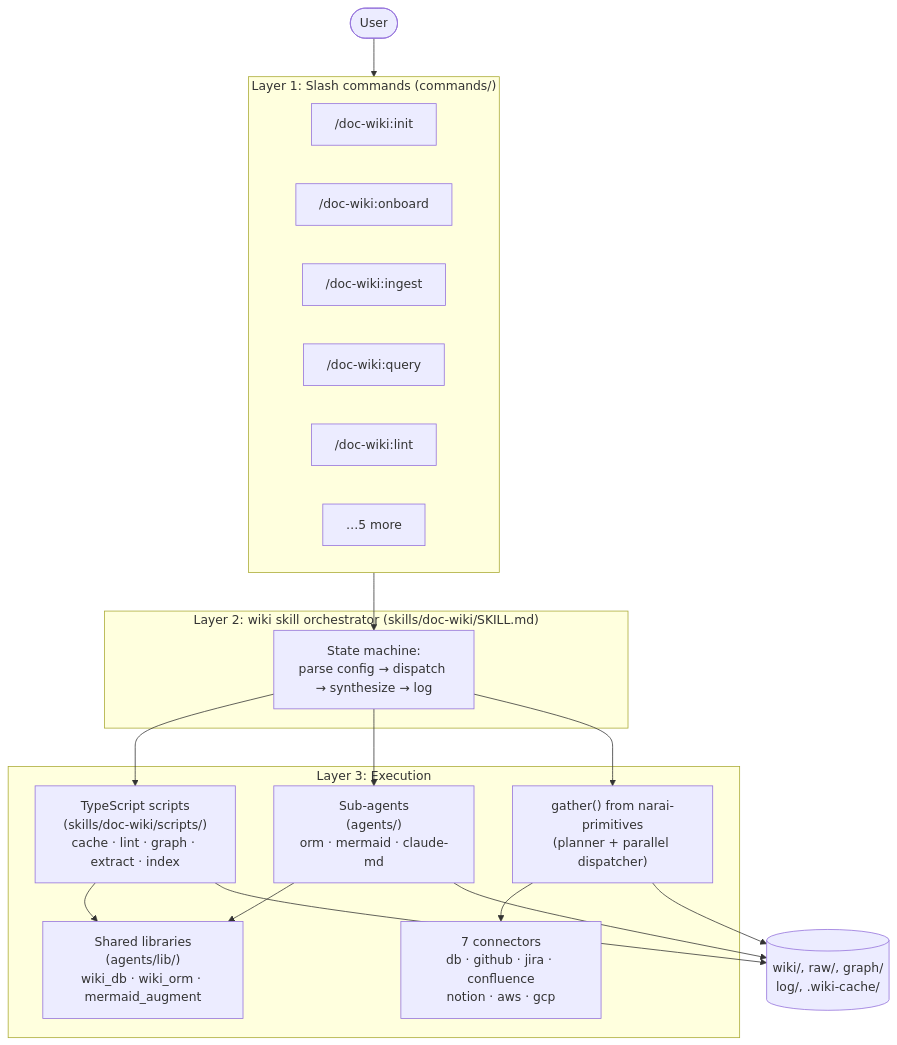
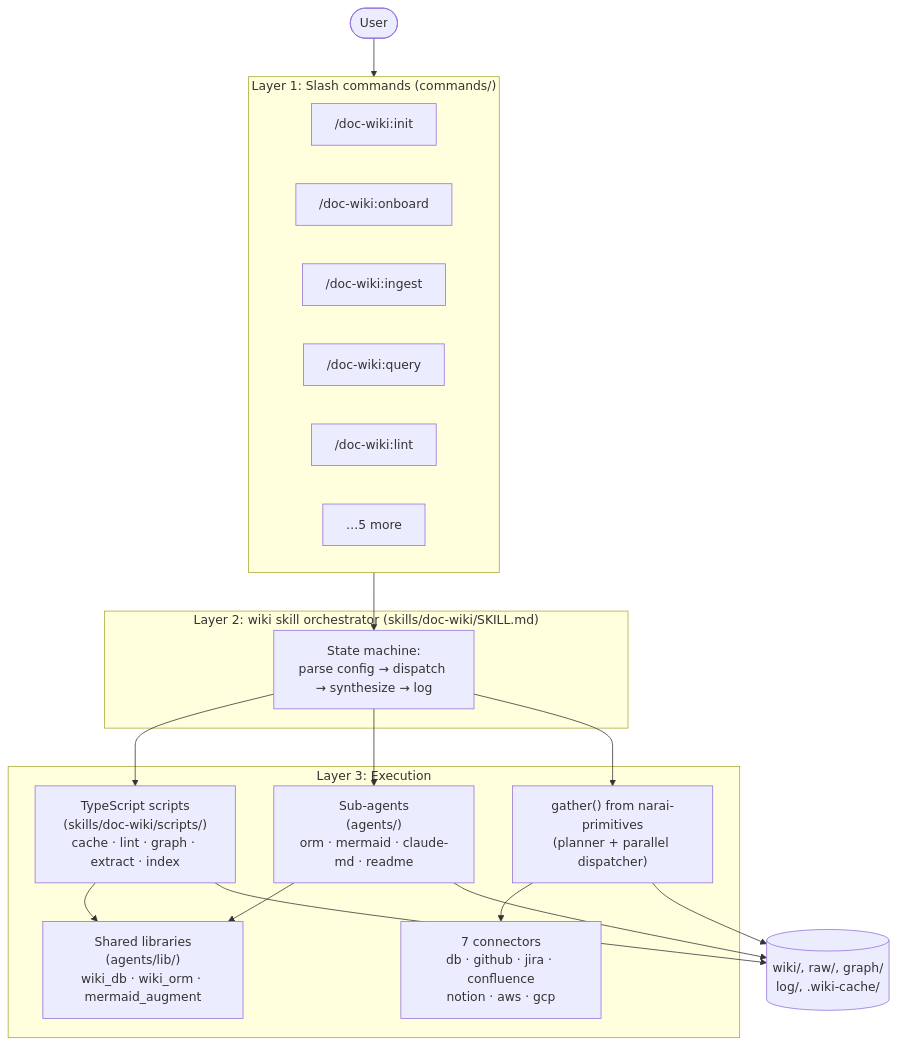
One commit to narailabs/doc-wiki changed the first of 4 diagrams in docs/internals/architecture.md. Above: the diagram before and after it, drawn with Mermaid. The commit also changed other lines of this file and 3 other files, not shown here.

````diff
--- a/docs/internals/architecture.md
+++ b/docs/internals/architecture.md
@@ -37,35 +37,35 @@
 ```mermaid
 flowchart TB
     User([User])
     subgraph L1["Layer 1: Slash commands (commands/)"]
         WInit["/doc-wiki:init"]
         WOnboard["/doc-wiki:onboard"]
         WIngest["/doc-wiki:ingest"]
         WQuery["/doc-wiki:query"]
         WLint["/doc-wiki:lint"]
         WMore["…5 more"]
     end
     subgraph L2["Layer 2: wiki skill orchestrator (skills/doc-wiki/SKILL.md)"]
         Orch["State machine:<br/>parse config → dispatch → synthesize → log"]
     end
     subgraph L3["Layer 3: Execution"]
         Scripts["TypeScript scripts<br/>(skills/doc-wiki/scripts/)<br/>cache · lint · graph · extract · index"]
-        Agents["Sub-agents<br/>(agents/)<br/>orm · mermaid · claude-md"]
+        Agents["Sub-agents<br/>(agents/)<br/>orm · mermaid · claude-md · readme"]
         Libs["Shared libraries<br/>(agents/lib/)<br/>wiki_db · wiki_orm · mermaid_augment"]
         Gather["gather() from narai-primitives<br/>(planner + parallel dispatcher)"]
         Connectors["7 connectors<br/>db · github · jira · confluence<br/>notion · aws · gcp"]
         Gather --> Connectors
     end
     Storage[("wiki/, raw/, graph/<br/>log/, .wiki-cache/")]
 
     User --> L1
     L1 --> Orch
     Orch --> Scripts
     Orch --> Agents
     Orch --> Gather
     Scripts --> Libs
     Agents --> Libs
     Scripts --> Storage
     Gather --> Storage
     Agents --> Storage
 ```
````
